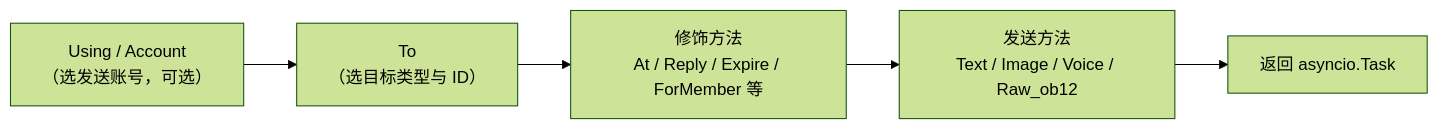
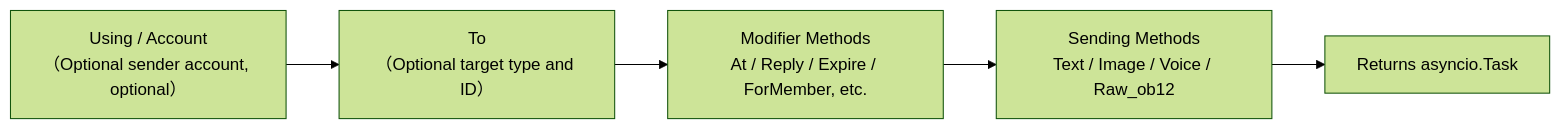
One commit to ErisPulse/ErisPulse changed the first of 2 diagrams in docs/en/developer-guide/adapters/send-dsl.md. Above: the diagram before and after it, drawn with Mermaid (forest theme). The commit also changed other lines of this file and 622 other files, not shown here.

````diff
--- a/docs/en/developer-guide/adapters/send-dsl.md
+++ b/docs/en/developer-guide/adapters/send-dsl.md
@@ -33,7 +33,7 @@
 ```mermaid
 flowchart LR
-    A["Using / Account<br/>（选发送账号，可选）"] --> B["To<br/>（选目标类型与 ID）"]
-    B --> C["修饰方法<br/>At / Reply / Expire / ForMember 等"]
-    C --> D["发送方法<br/>Text / Image / Voice / Raw_ob12"]
-    D --> E["返回 asyncio.Task"]
+    A["Using / Account<br/>（Optional sender account, optional）"] --> B["To<br/>（Optional target type and ID）"]
+    B --> C["Modifier Methods<br/>At / Reply / Expire / ForMember, etc."]
+    C --> D["Sending Methods<br/>Text / Image / Voice / Raw_ob12"]
+    D --> E["Returns asyncio.Task"]
 ```
````
